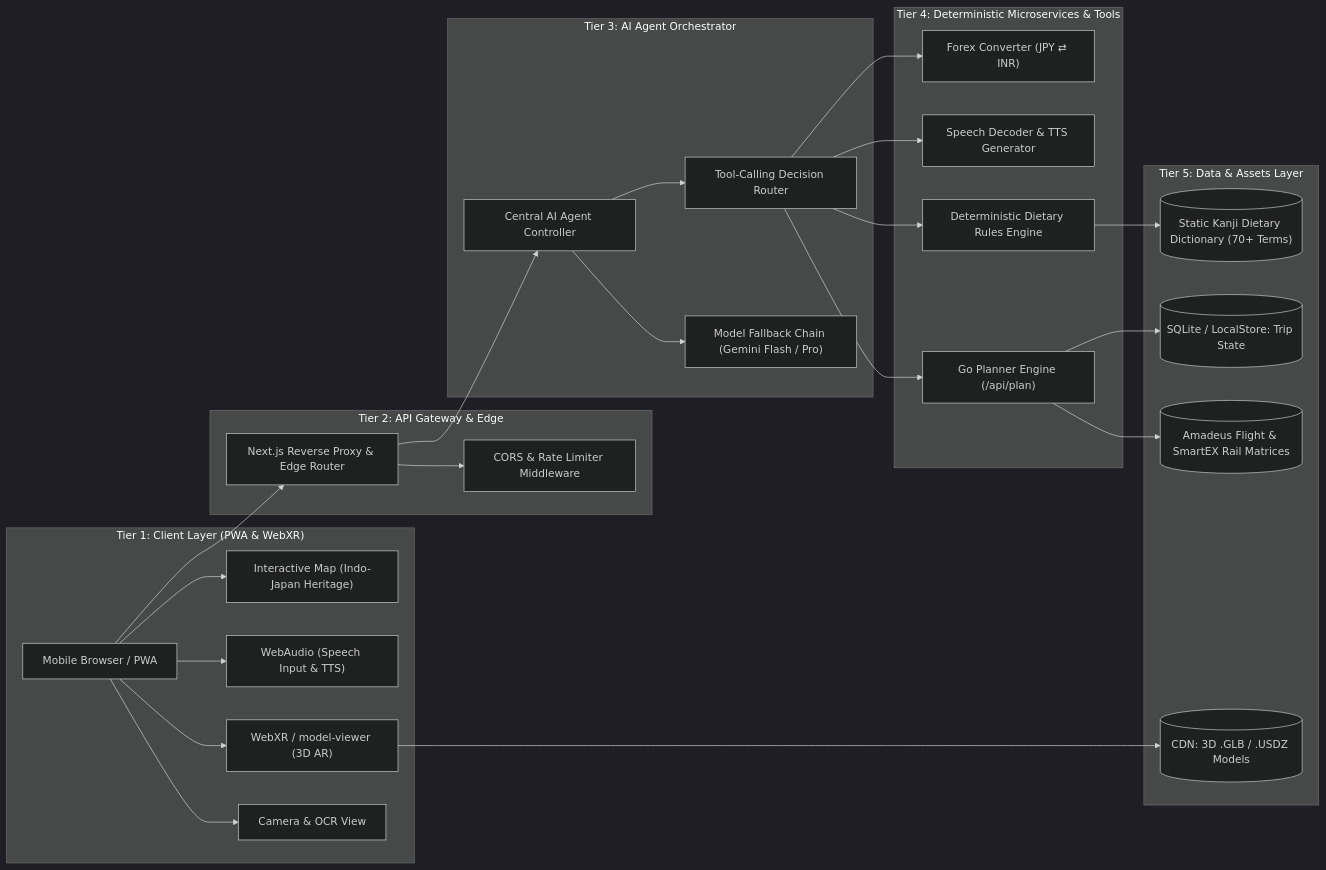
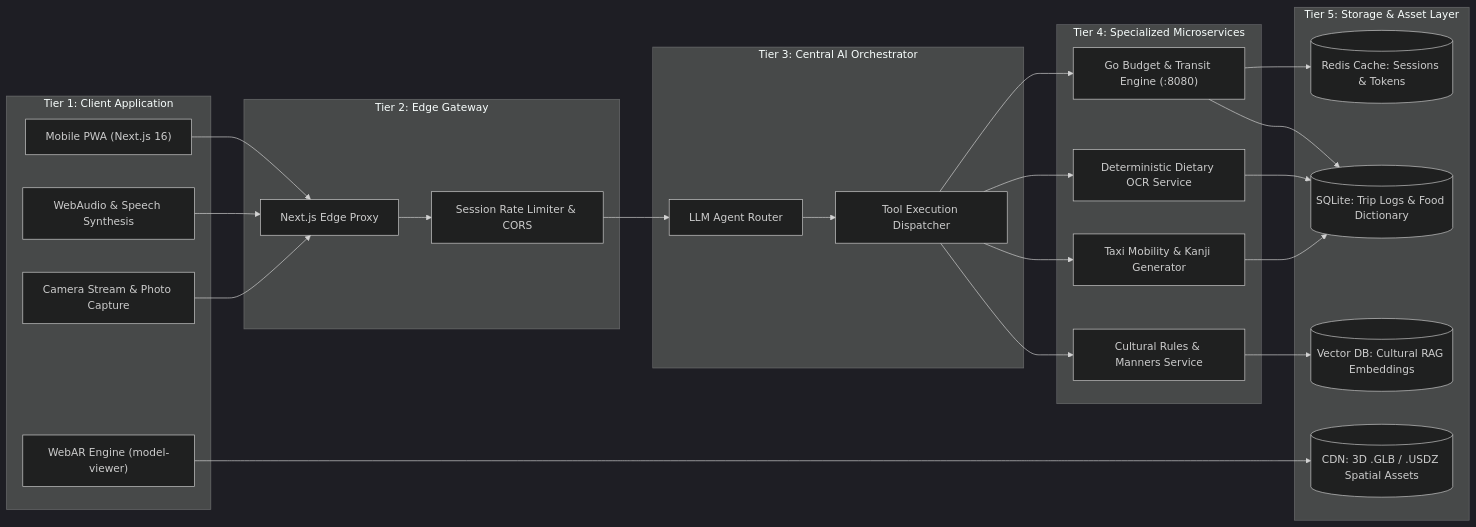
The first of 2 diagrams in README.md (Kavisharora12/japan_hackathon), drawn with Mermaid (dark theme) before and after one commit. The commit also changed other lines of this file and 1 other file, not shown here.

Commit message:
Update README.md with production HLD/LLD architecture and fix Gemini model resolution

````diff
--- a/README.md
+++ b/README.md
@@ -132,45 +58,57 @@
 ```mermaid
 graph LR
-    subgraph Tier1["Tier 1: Client Layer (PWA & WebXR)"]
-        A["Mobile Browser / PWA"] --> B["Camera & OCR View"]
-        A --> C["WebXR / model-viewer (3D AR)"]
-        A --> D["WebAudio (Speech Input & TTS)"]
-        A --> E["Interactive Map (Indo-Japan Heritage)"]
+    subgraph Tier1["Tier 1: Client Application"]
+        A["Mobile PWA (Next.js 16)"]
+        B["WebAR Engine (model-viewer)"]
+        C["WebAudio & Speech Synthesis"]
+        D["Camera Stream & Photo Capture"]
     end
 
-    subgraph Tier2["Tier 2: API Gateway & Edge"]
-        F["Next.js Reverse Proxy & Edge Router"]
-        F --> G["CORS & Rate Limiter Middleware"]
+    subgraph Tier2["Tier 2: Edge Gateway"]
+        E["Next.js Edge Proxy"]
+        F["Session Rate Limiter & CORS"]
     end
 
-    subgraph Tier3["Tier 3: AI Agent Orchestrator"]
-        H["Central AI Agent Controller"]
-        H --> I["Model Fallback Chain (Gemini Flash / Pro)"]
-        H --> J["Tool-Calling Decision Router"]
+    subgraph Tier3["Tier 3: Central AI Orchestrator"]
+        G["LLM Agent Router"]
+        H["Tool Execution Dispatcher"]
     end
 
-    subgraph Tier4["Tier 4: Deterministic Microservices & Tools"]
-        K["Go Planner Engine (/api/plan)"]
-        L["Deterministic Dietary Rules Engine"]
-        M["Speech Decoder & TTS Generator"]
-        N["Forex Converter (JPY ⇄ INR)"]
+    subgraph Tier4["Tier 4: Specialized Microservices"]
+        I["Go Budget & Transit Engine (:8080)"]
+        J["Deterministic Dietary OCR Service"]
+        K["Cultural Rules & Manners Service"]
+        L["Taxi Mobility & Kanji Generator"]
     end
 
-    subgraph Tier5["Tier 5: Data & Assets Layer"]
-        O[("SQLite / LocalStore: Trip State")]
-        P[("Static Kanji Dietary Dictionary (70+ Terms)")]
-        Q[("CDN: 3D .GLB / .USDZ Models")]
-        R[("Amadeus Flight & SmartEX Rail Matrices")]
+    subgraph Tier5["Tier 5: Storage & Asset Layer"]
+        M[("Redis Cache: Sessions & Tokens")]
+        N[("SQLite: Trip Logs & Food Dictionary")]
+        O[("Vector DB: Cultural RAG Embeddings")]
+        P[("CDN: 3D .GLB / .USDZ Spatial Assets")]
     end
 
-    A --> F
-    F --> H
-    J --> K
-    J --> L
-    J --> M
+    %% Tier 1 to Tier 2
+    A --> E
+    B --> P
+    C --> E
+    D --> E
+
+    %% Tier 2 to Tier 3
+    E --> F
+    F --> G
+
+    %% Tier 3 to Tier 4
+    G --> H
+    H --> I
+    H --> J
+    H --> K
+    H --> L
+
+    %% Tier 4 to Tier 5
+    I --> M
+    I --> N
     J --> N
-    K --> R
     K --> O
-    L --> P
-    C --> Q
+    L --> N
 ```
````
